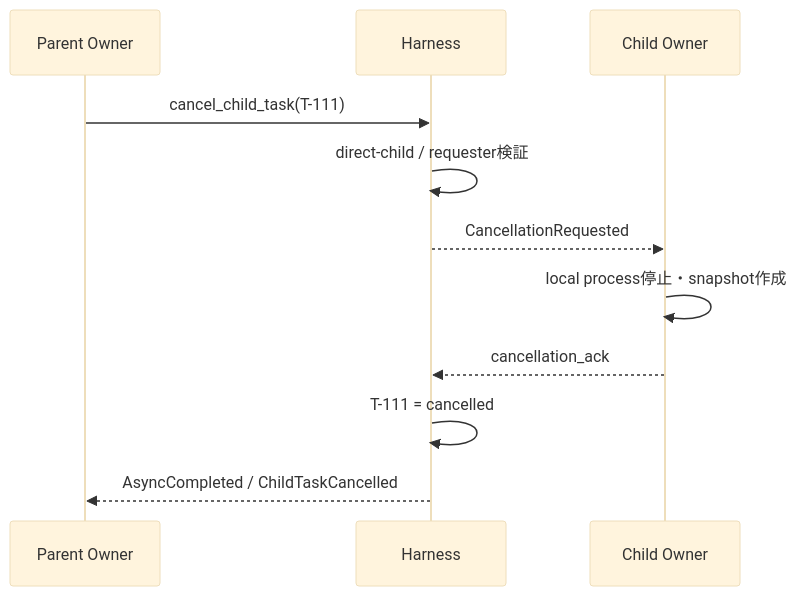
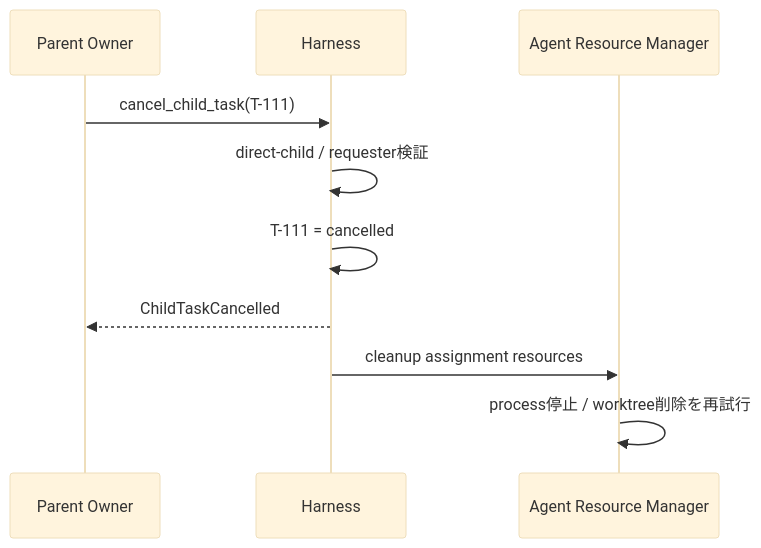
The second of 2 diagrams in docs/02-task-lifecycle.md (autotaker/kakesu), drawn with Mermaid (base theme) before and after one commit. The commit also changed other lines of this file and 19 other files, not shown here.

Commit message:
Refine task and agent lifecycle design

````diff
--- a/docs/02-task-lifecycle.md
+++ b/docs/02-task-lifecycle.md
@@ -247,14 +271,13 @@
 ```mermaid
 sequenceDiagram
     participant P as Parent Owner
     participant H as Harness
-    participant C as Child Owner
+    participant A as Agent Resource Manager
 
     P->>H: cancel_child_task(T-111)
     H->>H: direct-child / requester検証
-    H-->>C: CancellationRequested
-    C->>C: local process停止・snapshot作成
-    C-->>H: cancellation_ack
     H->>H: T-111 = cancelled
-    H-->>P: AsyncCompleted / ChildTaskCancelled
+    H-->>P: ChildTaskCancelled
+    H->>A: cleanup assignment resources
+    A->>A: process停止 / worktree削除を再試行
 ```
````
